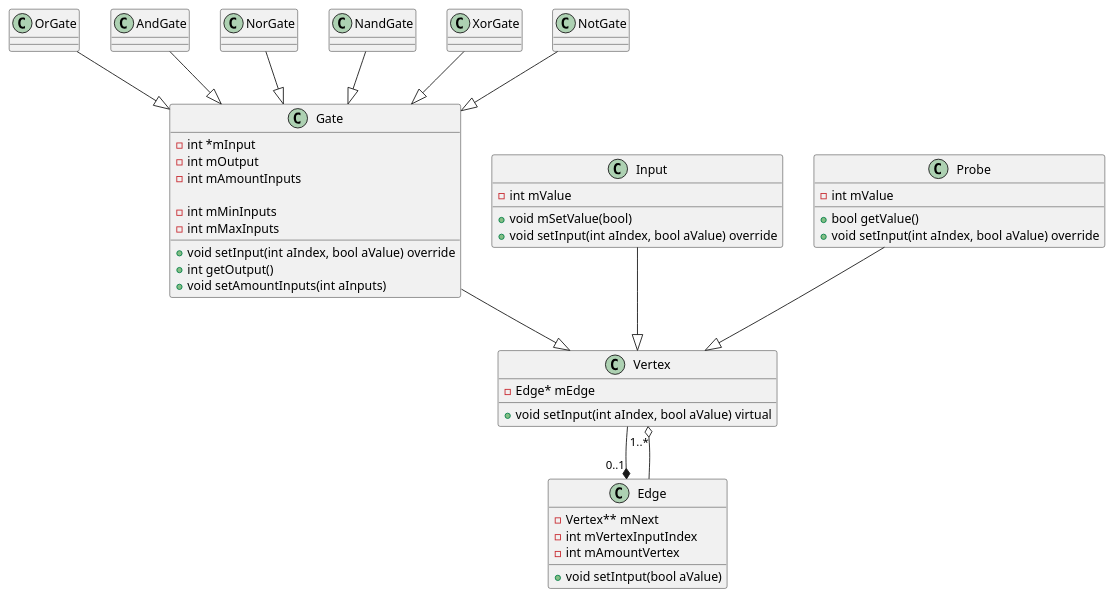
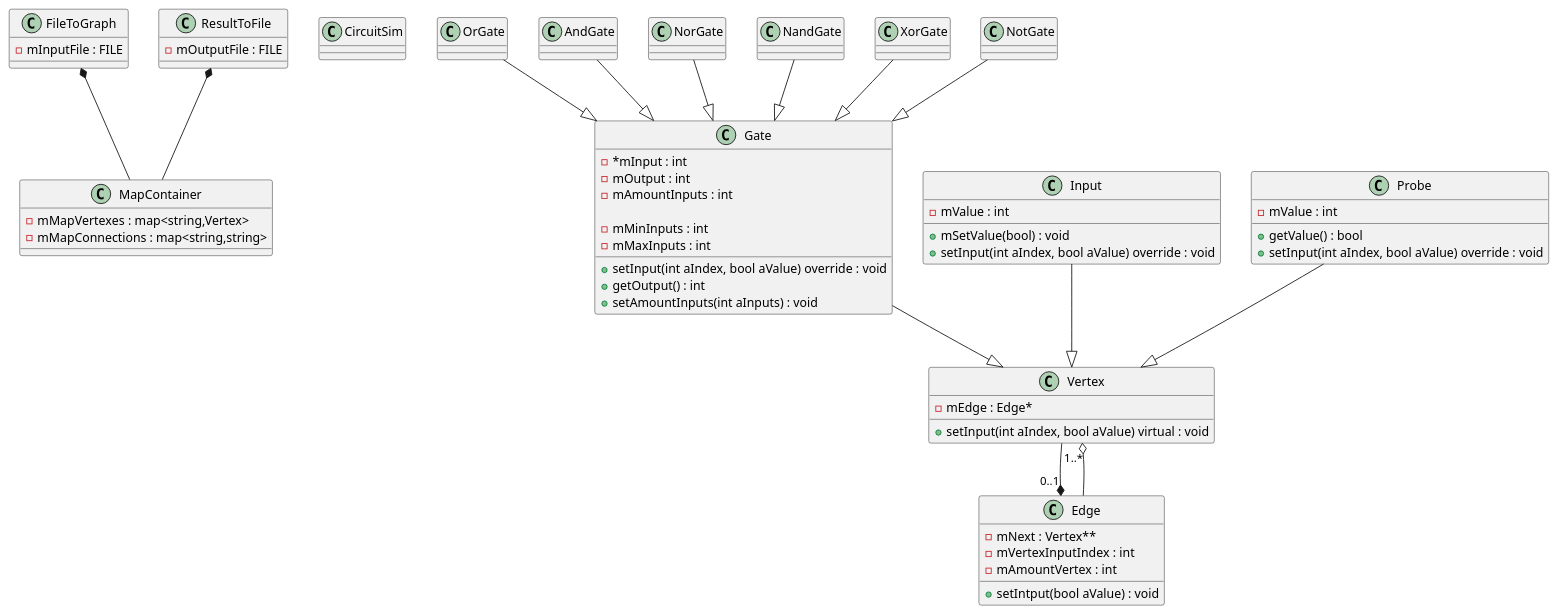
Before and after one commit to Seger01/DesignPatterns: the diagram in diagram/classdiagram.puml, drawn with PlantUML. The commit also changed 1 other file, not shown here.

```diff
--- a/diagram/classdiagram.puml
+++ b/diagram/classdiagram.puml
@@ -1,83 +1,103 @@
 @startuml classdiagram
+
+class MapContainer {
+    - mMapVertexes : map<string,Vertex>
+    - mMapConnections : map<string,string>
+}
+
+class FileToGraph {
+    - mInputFile : FILE
+}
+
+class CircuitSim {
+
+}
+
+class ResultToFile {
+    - mOutputFile : FILE
+}
 
 class OrGate{
 
 }
 
 class AndGate{
 
 }
 
 class NorGate{
 
 }
 
 class NandGate{
 
 }
 
 class XorGate{
 
 }
 
 class NotGate{
 
 }
 
 class Gate{
-    - int *mInput
-    - int mOutput
-    - int mAmountInputs
+    - *mInput : int
+    - mOutput : int
+    - mAmountInputs : int
 
-    - int mMinInputs
-    - int mMaxInputs    
+    - mMinInputs : int
+    - mMaxInputs : int    
 
-    + void setInput(int aIndex, bool aValue) override
-    + int getOutput()
-    + void setAmountInputs(int aInputs)
+    + setInput(int aIndex, bool aValue) override : void
+    + getOutput() : int
+    + setAmountInputs(int aInputs) : void
 }
 
 class Vertex {
-    - Edge* mEdge
+    - mEdge : Edge*
 
-    + void setInput(int aIndex, bool aValue) virtual
+    + setInput(int aIndex, bool aValue) virtual : void
 }
 
 class Edge{
-    - Vertex** mNext
-    - int mVertexInputIndex
-    - int mAmountVertex
+    - mNext : Vertex**
+    - mVertexInputIndex : int
+    - mAmountVertex : int
 
-    + void setIntput(bool aValue)
+    + setIntput(bool aValue) : void
 }
 
 class Input{
-    - int mValue
+    - mValue : int
 
-    + void mSetValue(bool)
-    + void setInput(int aIndex, bool aValue) override
+    + mSetValue(bool) : void
+    + setInput(int aIndex, bool aValue) override : void
 
 }
 
 class Probe{
-    - int mValue
+    - mValue : int
 
-    + bool getValue()
-    + void setInput(int aIndex, bool aValue) override
+    + getValue() : bool
+    + setInput(int aIndex, bool aValue) override : void
 }
+
+FileToGraph *-- MapContainer
+ResultToFile *-- MapContainer
 
 OrGate --|> Gate
 NorGate --|> Gate
 AndGate --|> Gate
 NandGate --|> Gate
 XorGate --|> Gate
 NotGate --|> Gate
 
 Gate --|> Vertex
 Input --|> Vertex
 Probe --|> Vertex
 
 Vertex --* "0..1" Edge
 Edge --o "1..*" Vertex
 
 @enduml
```
